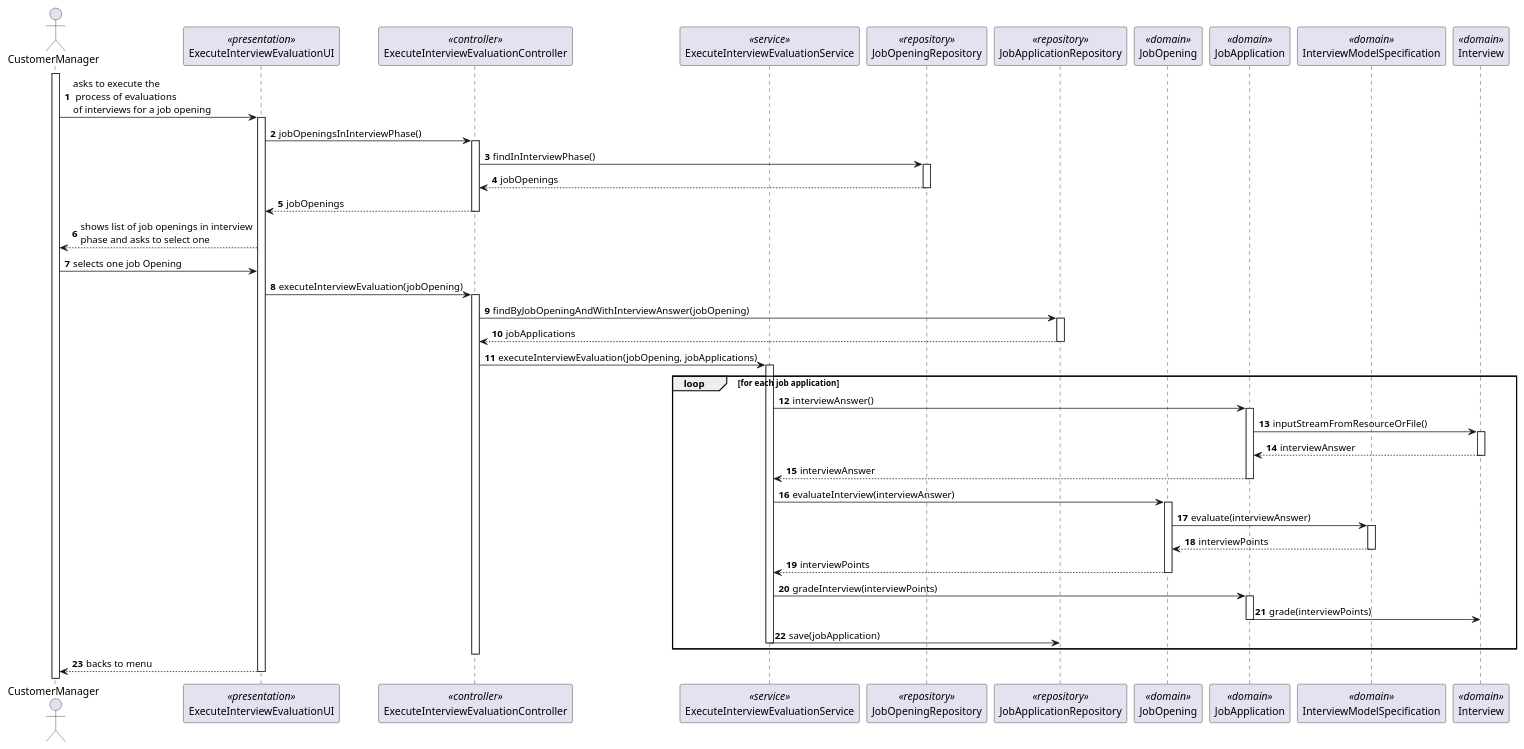
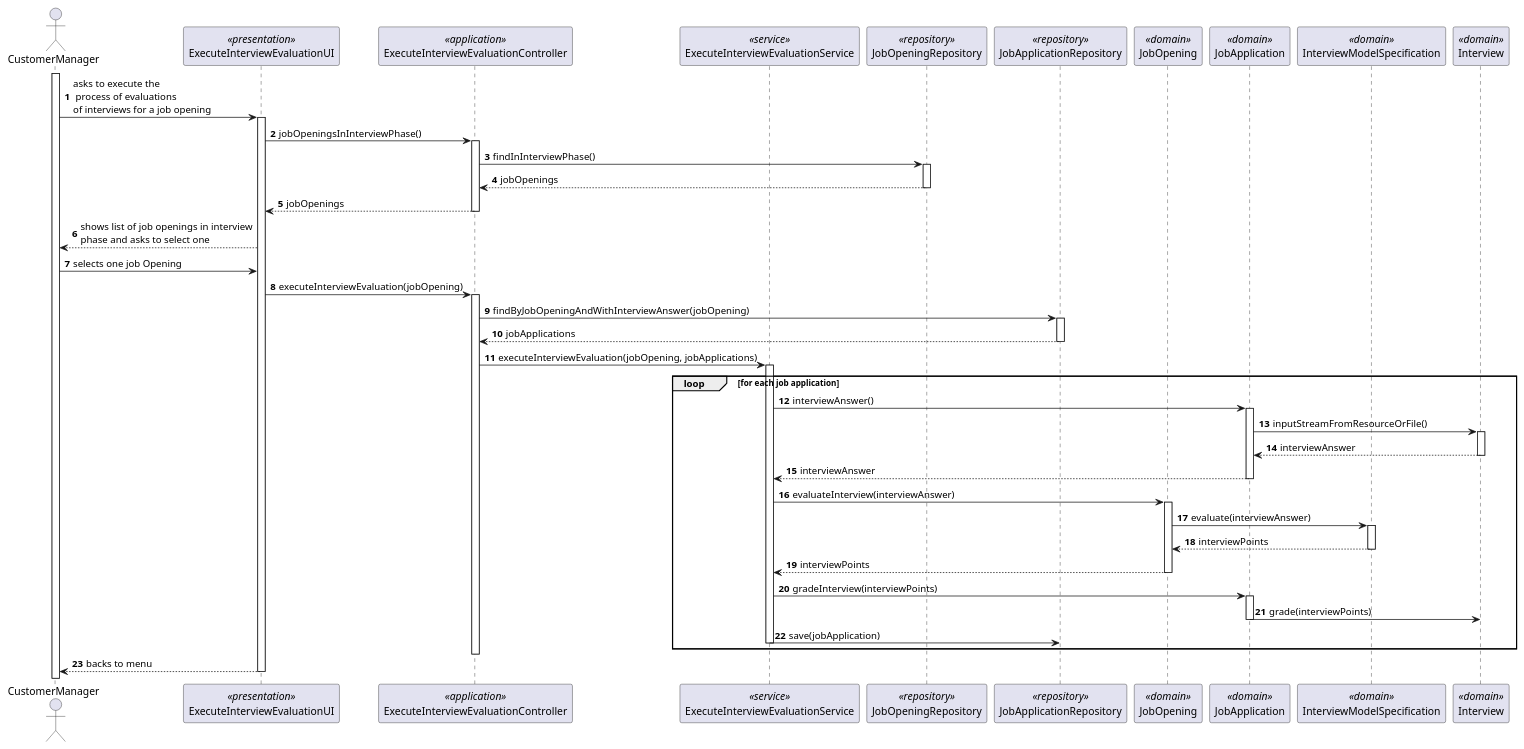
One commit to Rodrick0209/ISEP-SEM4PI-23-24 changed the diagram in docs/SprintC/us1018/SD/SD.puml. Above: the diagram before and after it, drawn with PlantUML. The commit also changed 2 other files, not shown here.

```diff
--- a/docs/SprintC/us1018/SD/SD.puml
+++ b/docs/SprintC/us1018/SD/SD.puml
@@ -1,67 +1,67 @@
 @startuml
 'https://plantuml.com/sequence-diagram
 
 autonumber
 
 actor CustomerManager
 participant ExecuteInterviewEvaluationUI <<presentation>>
-participant ExecuteInterviewEvaluationController <<controller>>
+participant ExecuteInterviewEvaluationController <<application>>
 participant ExecuteInterviewEvaluationService <<service>>
 participant JobOpeningRepository <<repository>>
 participant JobApplicationRepository <<repository>>
 participant JobOpening <<domain>>
 participant JobApplication <<domain>>
 participant InterviewModelSpecification <<domain>>
 participant Interview <<domain>>
 
 
 activate CustomerManager
 CustomerManager -> ExecuteInterviewEvaluationUI : asks to execute the\n process of evaluations\nof interviews for a job opening
 activate ExecuteInterviewEvaluationUI
 ExecuteInterviewEvaluationUI -> ExecuteInterviewEvaluationController : jobOpeningsInInterviewPhase()
 activate ExecuteInterviewEvaluationController
 ExecuteInterviewEvaluationController -> JobOpeningRepository : findInInterviewPhase()
 activate JobOpeningRepository
 JobOpeningRepository --> ExecuteInterviewEvaluationController : jobOpenings
 deactivate JobOpeningRepository
 ExecuteInterviewEvaluationController --> ExecuteInterviewEvaluationUI : jobOpenings
 deactivate ExecuteInterviewEvaluationController
 ExecuteInterviewEvaluationUI --> CustomerManager : shows list of job openings in interview\nphase and asks to select one
 CustomerManager -> ExecuteInterviewEvaluationUI : selects one job Opening
 ExecuteInterviewEvaluationUI -> ExecuteInterviewEvaluationController : executeInterviewEvaluation(jobOpening)
 activate ExecuteInterviewEvaluationController
 ExecuteInterviewEvaluationController -> JobApplicationRepository : findByJobOpeningAndWithInterviewAnswer(jobOpening)
 activate JobApplicationRepository
 JobApplicationRepository --> ExecuteInterviewEvaluationController : jobApplications
 deactivate JobApplicationRepository
 ExecuteInterviewEvaluationController -> ExecuteInterviewEvaluationService : executeInterviewEvaluation(jobOpening, jobApplications)
 activate ExecuteInterviewEvaluationService
 loop for each job application
 ExecuteInterviewEvaluationService -> JobApplication : interviewAnswer()
 activate JobApplication
 JobApplication -> Interview : inputStreamFromResourceOrFile()
 activate Interview
 Interview --> JobApplication : interviewAnswer
 deactivate Interview
 JobApplication --> ExecuteInterviewEvaluationService : interviewAnswer
 deactivate JobApplication
 ExecuteInterviewEvaluationService -> JobOpening : evaluateInterview(interviewAnswer)
 activate JobOpening
 JobOpening -> InterviewModelSpecification : evaluate(interviewAnswer)
 activate InterviewModelSpecification
 InterviewModelSpecification --> JobOpening : interviewPoints
 deactivate InterviewModelSpecification
 JobOpening --> ExecuteInterviewEvaluationService : interviewPoints
 deactivate JobOpening
 ExecuteInterviewEvaluationService -> JobApplication : gradeInterview(interviewPoints)
 activate JobApplication
 JobApplication -> Interview : grade(interviewPoints)
 deactivate JobApplication
 ExecuteInterviewEvaluationService -> JobApplicationRepository : save(jobApplication)
 deactivate ExecuteInterviewEvaluationService
 end loop
 deactivate ExecuteInterviewEvaluationController
 ExecuteInterviewEvaluationUI --> CustomerManager : backs to menu
 deactivate ExecuteInterviewEvaluationUI
 
 @enduml
```
